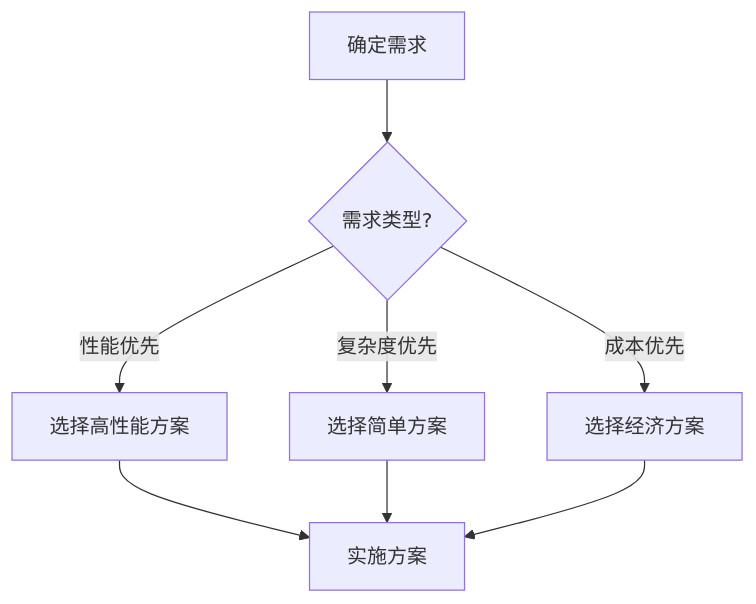
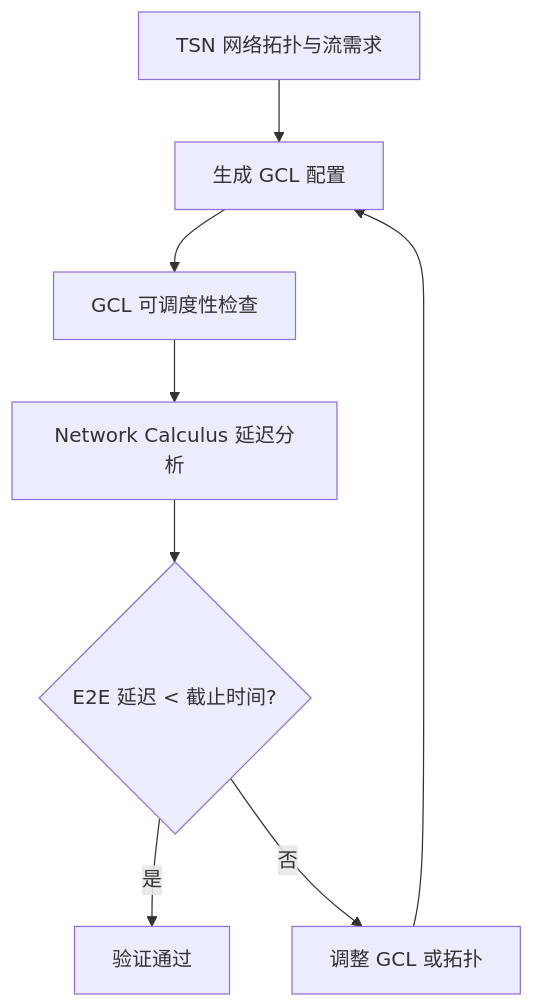
Before and after one commit to AdaMartin18010/FormalScience: the second of 2 diagrams in Composed/schedule_formal_view/19_实时系统调度/19.4_实时调度验证.md, drawn with Mermaid. The commit also changed other lines of this file and 565 other files, not shown here.

````diff
--- a/Composed/schedule_formal_view/19_实时系统调度/19.4_实时调度验证.md
+++ b/Composed/schedule_formal_view/19_实时系统调度/19.4_实时调度验证.md
@@ -83,12 +275,10 @@
 ```mermaid
 graph TD
-    A[确定需求] --> B{需求类型?}
-
-    B -->|性能优先| C[选择高性能方案]
-    B -->|复杂度优先| D[选择简单方案]
-    B -->|成本优先| E[选择经济方案]
-
-    C --> F[实施方案]
-    D --> F
-    E --> F
+    A[TSN 网络拓扑与流需求] --> B[生成 GCL 配置]
+    B --> C[GCL 可调度性检查]
+    C --> D[Network Calculus 延迟分析]
+    D --> E{E2E 延迟 < 截止时间?}
+    E -->|是| F[验证通过]
+    E -->|否| G[调整 GCL 或拓扑]
+    G --> B
 ```
````
